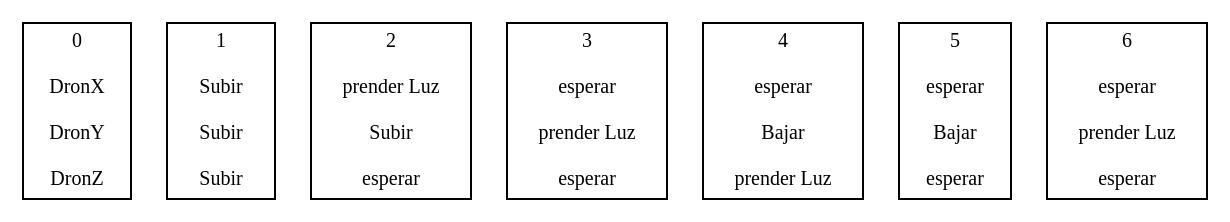
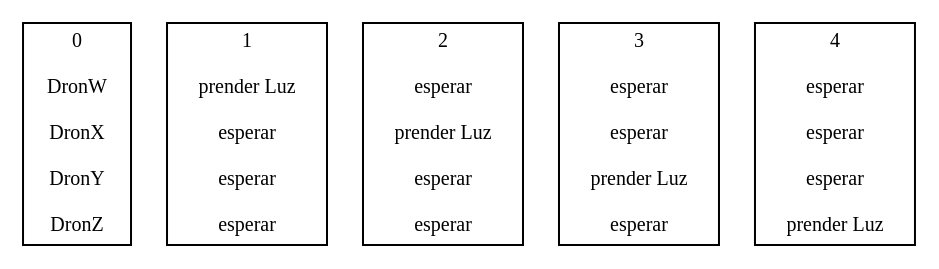
Before and after one commit to Jlima2016306/IPC2_Proyecto2_202200002: the diagram in tabla_de_instrucciones.dot, drawn with Graphviz. The commit also changed 15 other files, not shown here.

```diff
--- a/tabla_de_instrucciones.dot
+++ b/tabla_de_instrucciones.dot
@@ -1,59 +1,53 @@
 // Tabla de Instrucciones
 digraph {
 	"0
+
+DronW
 
 DronX
 
 DronY
 
 DronZ
 " [fontsize=10 shape=rectangle]
 	"1
 
-Subir
+prender Luz
 
-Subir
+esperar
 
-Subir
+esperar
+
+esperar
 " [fontsize=10 shape=rectangle]
 	"2
 
+esperar
+
 prender Luz
 
-Subir
+esperar
 
 esperar
 " [fontsize=10 shape=rectangle]
 	"3
+
+esperar
 
 esperar
 
 prender Luz
 
 esperar
 " [fontsize=10 shape=rectangle]
 	"4
 
 esperar
 
-Bajar
-
-prender Luz
-" [fontsize=10 shape=rectangle]
-	"5
-
 esperar
-
-Bajar
-
-esperar
-" [fontsize=10 shape=rectangle]
-	"6
 
 esperar
 
 prender Luz
-
-esperar
 " [fontsize=10 shape=rectangle]
 }
```
